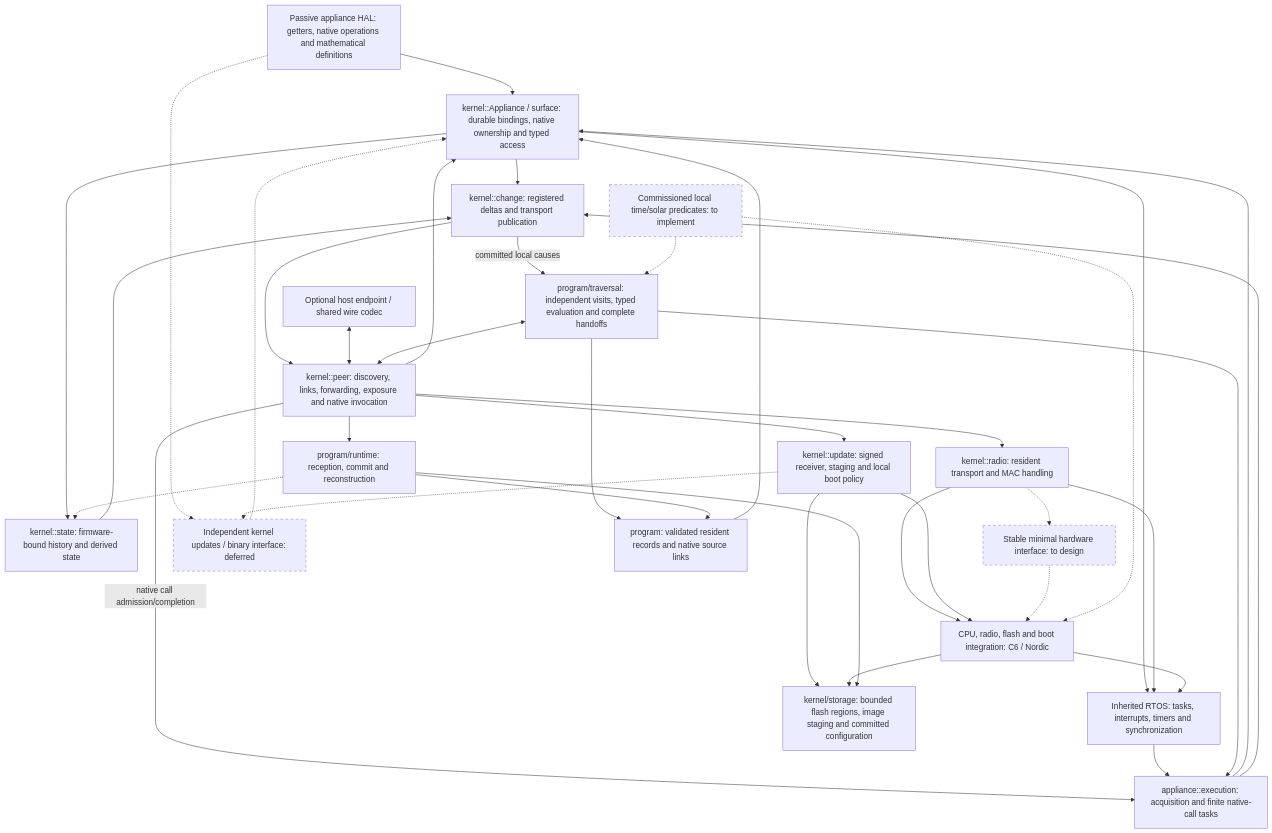
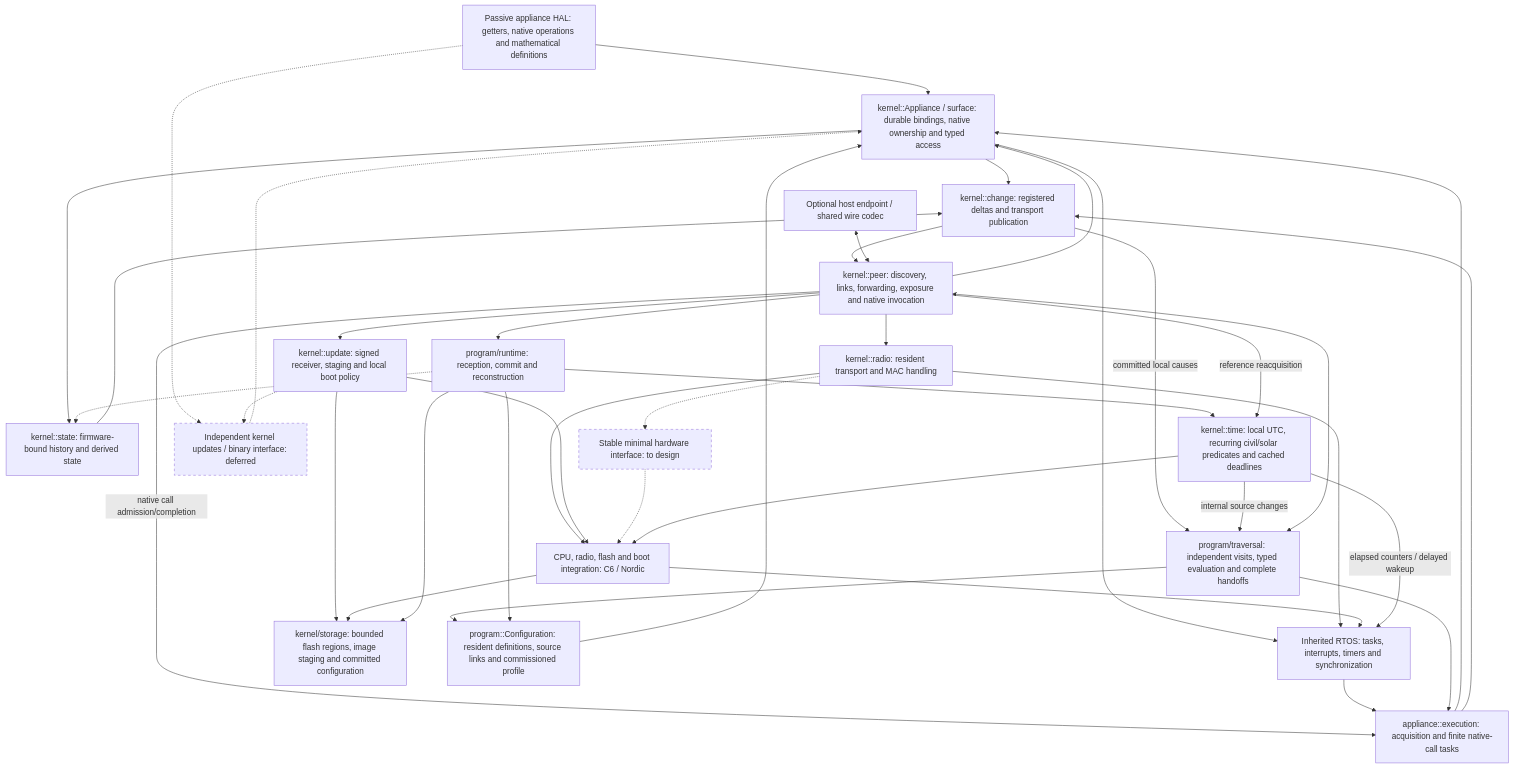
Before and after one commit to zacharytomlinson/lattice-vertex: the diagram in docs/KERNEL_DIRECTION.md, drawn with Mermaid. The commit also changed other lines of this file and 40 other files, not shown here.

Commit message:
Time/solar is implemented

````diff
--- a/docs/KERNEL_DIRECTION.md
+++ b/docs/KERNEL_DIRECTION.md
@@ -40,61 +41,64 @@
 ```mermaid
 flowchart TB
     firmware["Passive appliance HAL: getters, native operations and mathematical definitions"]
     appliance["kernel::Appliance / surface: durable bindings, native ownership and typed access"]
     observation["kernel::change: registered deltas and transport publication"]
     history["kernel::state: firmware-bound history and derived state"]
     peer["kernel::peer: discovery, links, forwarding, exposure and native invocation"]
     transport["kernel::radio: resident transport and MAC handling"]
     ports["CPU, radio, flash and boot integration: C6 / Nordic"]
     rtos["Inherited RTOS: tasks, interrupts, timers and synchronization"]
     host["Optional host endpoint / shared wire codec"]
     update["kernel::update: signed receiver, staging and local boot policy"]
     storage["kernel/storage: bounded flash regions, image staging and committed configuration"]
     adapters["Stable minimal hardware interface: to design"]
     abi["Independent kernel updates / binary interface: deferred"]
     monitor["appliance::execution: acquisition and finite native-call tasks"]
-    programs["program: validated resident records and native source links"]
+    programs["program::Configuration: resident definitions, source links and commissioned profile"]
     traversal["program/traversal: independent visits, typed evaluation and complete handoffs"]
     installer["program/runtime: reception, commit and reconstruction"]
-    time["Commissioned local time/solar predicates: to implement"]
+    time["kernel::time: local UTC, recurring civil/solar predicates and cached deadlines"]
 
     firmware --> appliance
     firmware -.-> abi
     abi -.-> appliance
     appliance --> observation
     appliance --> history
     history --> observation
     observation --> peer
     peer --> appliance
     peer -->|native call admission/completion| monitor
     peer --> transport
     transport --> ports
     appliance --> rtos
     transport --> rtos
     ports --> rtos
     host <--> peer
     peer --> update
     update --> ports
     update --> storage
     ports --> storage
     update -.-> abi
     transport -.-> adapters
     adapters -.-> ports
     rtos --> monitor
     monitor --> appliance
     monitor --> observation
     peer --> installer
     observation -->|committed local causes| traversal
     programs --> appliance
     traversal --> programs
     traversal <--> peer
     traversal --> monitor
     installer --> programs
     installer -.-> history
     installer --> storage
-    time -.-> traversal
-    time -.-> ports
+    installer --> time
+    time -->|internal source changes| traversal
+    time -->|elapsed counters / delayed wakeup| rtos
+    time --> ports
+    peer -->|reference reacquisition| time
 
     classDef planned stroke-dasharray: 5 5;
-    class adapters,abi,time planned;
+    class adapters,abi planned;
 ```
````
